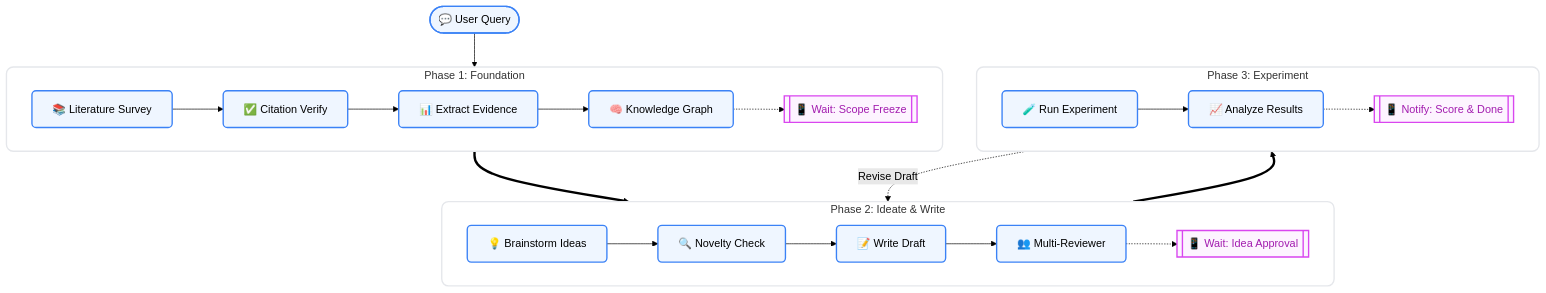
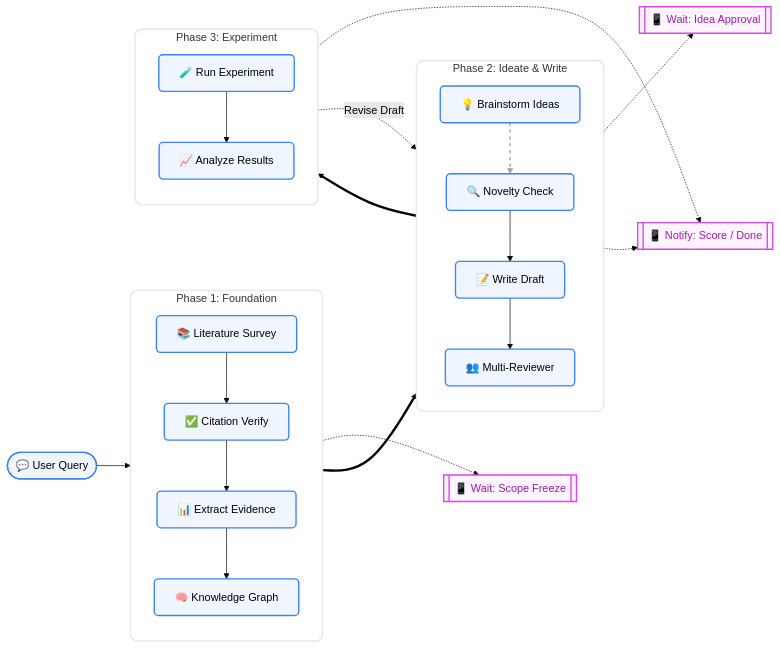
Before and after one commit to ChunqiGuo02/Nexus: the diagram in README.md, drawn with Mermaid (forest theme).

````diff
--- a/README.md
+++ b/README.md
@@ -24,45 +24,58 @@
 ```mermaid
-flowchart TD
+flowchart LR
     %% Styles
     classDef phaseBox fill:#ffffff,stroke:#e5e7eb,stroke-width:2px,rx:10,ry:10
     classDef node fill:#eff6ff,stroke:#3b82f6,stroke-width:2px,rx:6,ry:6
     classDef notify fill:#fdf4ff,stroke:#d946ef,stroke-width:2px,rx:6,ry:6,color:#a21caf
 
     Q(["💬 User Query"])
 
     subgraph P1 ["Phase 1: Foundation"]
-        direction LR
+        direction TB
         S["📚 Literature Survey"]:::node
         V["✅ Citation Verify"]:::node
         E["📊 Extract Evidence"]:::node
         K["🧠 Knowledge Graph"]:::node
-        F1[["📱 Wait: Scope Freeze"]]:::notify
-        S --> V --> E --> K -.-> F1
+        
+        S --> V --> E --> K
     end
 
     subgraph P2 ["Phase 2: Ideate & Write"]
-        direction LR
+        direction TB
         B["💡 Brainstorm Ideas"]:::node
         N["🔍 Novelty Check"]:::node
         D["📝 Write Draft"]:::node
         M["👥 Multi-Reviewer"]:::node
-        F2[["📱 Wait: Idea Approval"]]:::notify
-        B --> N --> D --> M -.-> F2
+        
+        B --> N --> D --> M
     end
 
     subgraph P3 ["Phase 3: Experiment"]
-        direction LR
+        direction TB
         R["🧪 Run Experiment"]:::node
         A["📈 Analyze Results"]:::node
-        F3[["📱 Notify: Score & Done"]]:::notify
-        R --> A -.-> F3
+        
+        R --> A
     end
 
-    %% Main vertical flow
+    F1[["📱 Wait: Scope Freeze"]]:::notify
+    F2[["📱 Wait: Idea Approval"]]:::notify
+    F3[["📱 Notify: Score / Done"]]:::notify
+
+    %% Force horizontal alignment of the subgraphs by breaking the reverse dependency
     Q --> P1
     P1 ==> P2
     P2 ==> P3
+    
+    %% Use linkStyle to make the back-arrow not affect layout calculation
     P3 -.->|Revise Draft| P2
+    linkStyle 3 stroke:#9ca3af,stroke-width:2px,stroke-dasharray: 5 5
+
+    %% Attach notifications tightly to their source to avoid dragging the boxes down
+    K -.-> F1
+    B -.-> F2
+    A -.-> F3
+    M -.-> F3
 
     class P1,P2,P3 phaseBox
 ```
````
